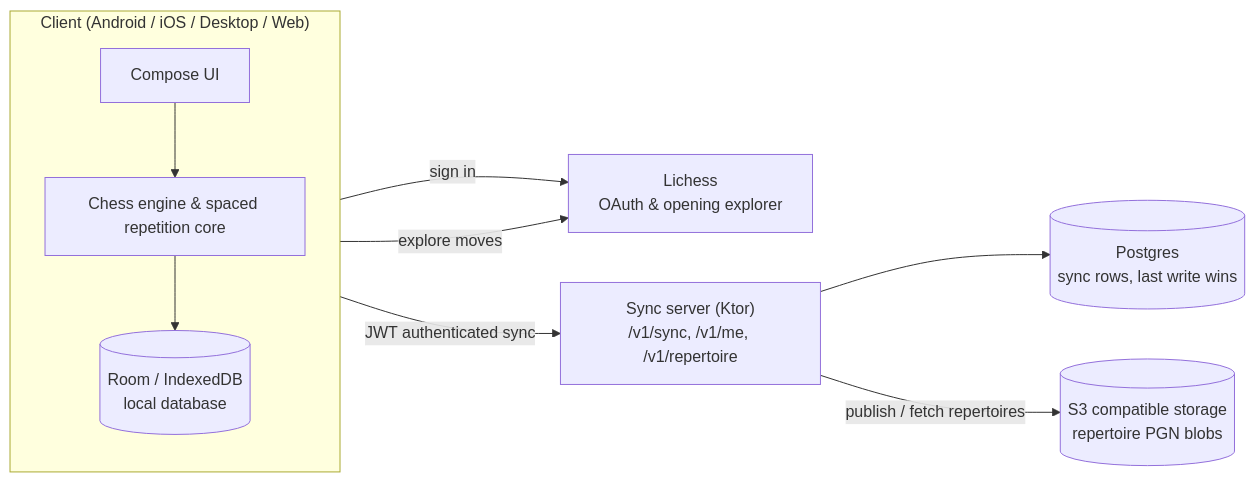
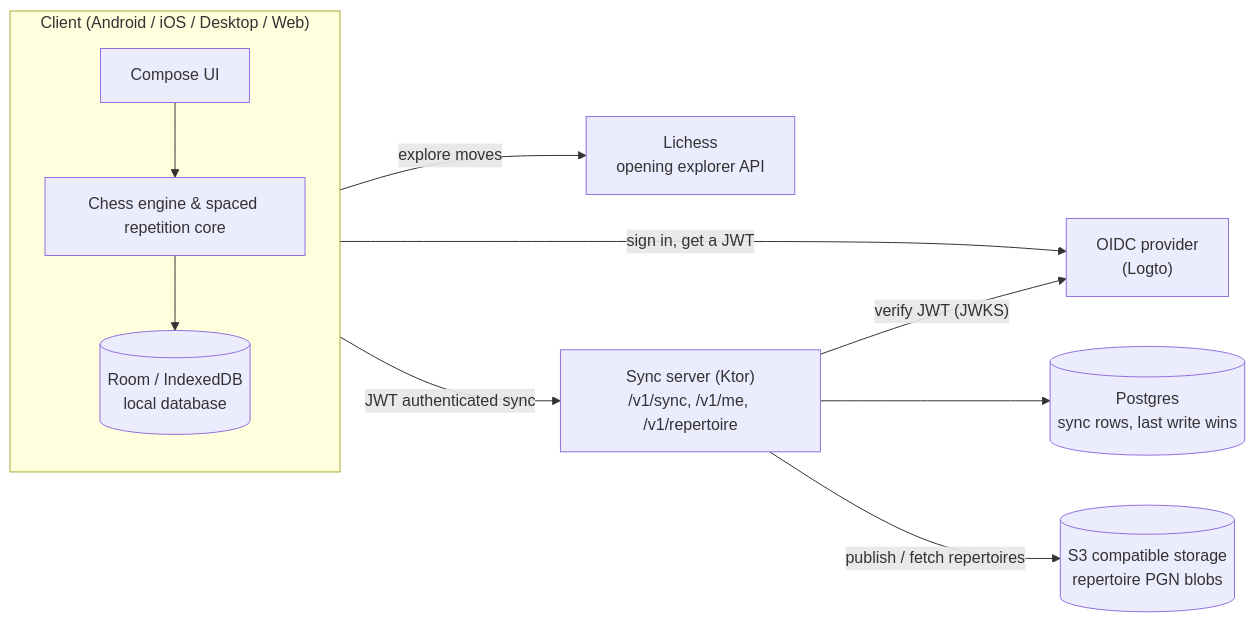
The diagram in README.md (Axl-Lvy/MemorChess), drawn with Mermaid before and after one commit. The commit also changed other lines of this file, not shown here.

Commit message:
docs: correct README architecture diagram (#344)

````diff
--- a/README.md
+++ b/README.md
@@ -58,20 +58,22 @@
 ```mermaid
 flowchart LR
     subgraph Client["Client (Android / iOS / Desktop / Web)"]
         UI["Compose UI"]
         Engine["Chess engine & spaced repetition core"]
         LocalDB[("Room / IndexedDB\nlocal database")]
         UI --> Engine --> LocalDB
     end
 
-    Lichess["Lichess\nOAuth & opening explorer"]
+    Lichess["Lichess\nopening explorer API"]
+    Oidc["OIDC provider\n(Logto)"]
     Server["Sync server (Ktor)\n/v1/sync, /v1/me, /v1/repertoire"]
     Postgres[("Postgres\nsync rows, last write wins")]
     R2[("S3 compatible storage\nrepertoire PGN blobs")]
 
-    Client -- "sign in" --> Lichess
     Client -- "explore moves" --> Lichess
+    Client -- "sign in, get a JWT" --> Oidc
     Client -- "JWT authenticated sync" --> Server
+    Server -- "verify JWT (JWKS)" --> Oidc
     Server --> Postgres
     Server -- "publish / fetch repertoires" --> R2
 ```
````
